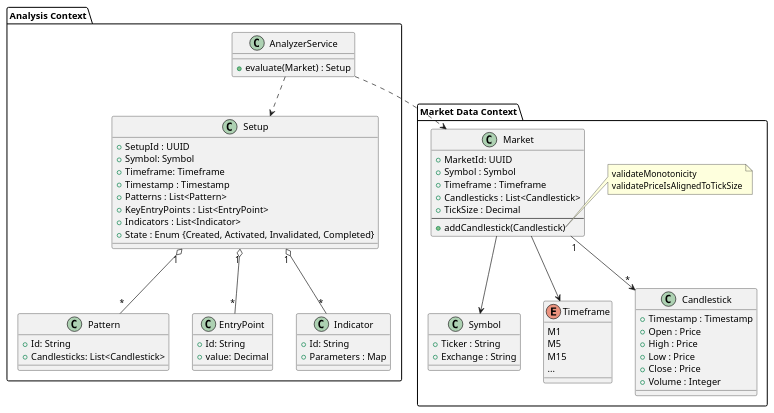
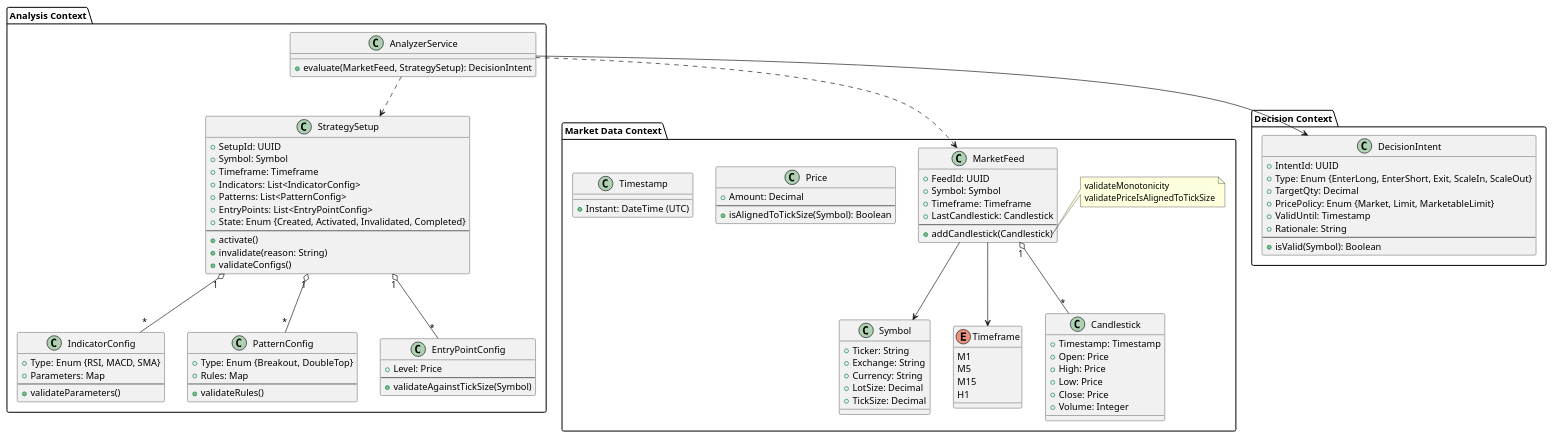
The diagram in docs/class_diagram.puml (alngo/Patseeker), drawn with PlantUML before and after one commit. The commit also changed 2 other files, not shown here.

Commit message:
Add state_diagram

```diff
--- a/docs/class_diagram.puml
+++ b/docs/class_diagram.puml
@@ -1,85 +1,116 @@
 @startuml
 package "Market Data Context" {
+  class MarketFeed {
+    +FeedId: UUID
+    +Symbol: Symbol
+    +Timeframe: Timeframe
+    +LastCandlestick: Candlestick
+    --
+    +addCandlestick(Candlestick)
+  }
 
-class Market {
-  +MarketId: UUID
-  +Symbol : Symbol
-  +Timeframe : Timeframe
-  +Candlesticks : List<Candlestick>
-  +TickSize : Decimal
-  --
-  + addCandlestick(Candlestick)
-}
+  note right of MarketFeed::addCandlestick
+    validateMonotonicity
+    validatePriceIsAlignedToTickSize
+  end note
 
-note right of Market::addCandlestick
-  validateMonotonicity
-  validatePriceIsAlignedToTickSize
-end note
+  class Symbol {
+    +Ticker: String
+    +Exchange: String
+    +Currency: String
+    +LotSize: Decimal
+    +TickSize: Decimal
+  }
 
-class Symbol {
-  +Ticker : String
-  +Exchange : String
-}
+  enum Timeframe {
+    M1
+    M5
+    M15
+    H1
+  }
 
-enum Timeframe {
-  M1
-  M5
-  M15
-  ...
-}
+  class Candlestick {
+    +Timestamp: Timestamp
+    +Open: Price
+    +High: Price
+    +Low: Price
+    +Close: Price
+    +Volume: Integer
+  }
 
-class Candlestick {
-  +Timestamp : Timestamp
-  +Open : Price
-  +High : Price
-  +Low : Price
-  +Close : Price
-  +Volume : Integer
-}
+  class Price {
+    +Amount: Decimal
+    --
+    +isAlignedToTickSize(Symbol): Boolean
+  }
 
-Market "1" --> "*" Candlestick
-Market --> Symbol
-Market --> Timeframe
+  class Timestamp {
+    +Instant: DateTime (UTC)
+  }
 
+  MarketFeed "1" o-- "*" Candlestick
+  MarketFeed --> Symbol
+  MarketFeed --> Timeframe
 }
 
 package "Analysis Context" {
+  class StrategySetup {
+    +SetupId: UUID
+    +Symbol: Symbol
+    +Timeframe: Timeframe
+    +Indicators: List<IndicatorConfig>
+    +Patterns: List<PatternConfig>
+    +EntryPoints: List<EntryPointConfig>
+    +State: Enum {Created, Activated, Invalidated, Completed}
+    --
+    +activate()
+    +invalidate(reason: String)
+    +validateConfigs()
+  }
 
-class AnalyzerService {
-  +evaluate(Market) : Setup
+  class IndicatorConfig {
+    +Type: Enum {RSI, MACD, SMA}
+    +Parameters: Map
+    --
+    +validateParameters()
+  }
+
+  class PatternConfig {
+    +Type: Enum {Breakout, DoubleTop}
+    +Rules: Map
+    --
+    +validateRules()
+  }
+
+  class EntryPointConfig {
+    +Level: Price
+    --
+    +validateAgainstTickSize(Symbol)
+  }
+
+  class AnalyzerService {
+    +evaluate(MarketFeed, StrategySetup): DecisionIntent
+  }
+
+  StrategySetup "1" o-- "*" IndicatorConfig
+  StrategySetup "1" o-- "*" PatternConfig
+  StrategySetup "1" o-- "*" EntryPointConfig
+  AnalyzerService ..> MarketFeed
+  AnalyzerService ..> StrategySetup
 }
 
-class Setup {
-  +SetupId : UUID
-  +Symbol: Symbol
-  +Timeframe: Timeframe
-  +Timestamp : Timestamp
-  +Patterns : List<Pattern>
-  +KeyEntryPoints : List<EntryPoint>
-  +Indicators : List<Indicator>
-  +State : Enum {Created, Activated, Invalidated, Completed}
-}
+package "Decision Context" {
+  class DecisionIntent {
+    +IntentId: UUID
+    +Type: Enum {EnterLong, EnterShort, Exit, ScaleIn, ScaleOut}
+    +TargetQty: Decimal
+    +PricePolicy: Enum {Market, Limit, MarketableLimit}
+    +ValidUntil: Timestamp
+    +Rationale: String
+    --
+    +isValid(Symbol): Boolean
+  }
 
-class Pattern {
-  +Id: String
-  +Candlesticks: List<Candlestick>
-}
-
-class EntryPoint {
-  +Id: String
-  +value: Decimal
-}
-
-class Indicator {
-  +Id: String
-  +Parameters : Map
-}
-
-Setup "1" o-- "*" Indicator
-Setup "1" o-- "*" Pattern
-Setup "1" o-- "*" EntryPoint
-AnalyzerService ..> Market
-AnalyzerService ..> Setup
-
+  AnalyzerService --> DecisionIntent
 }
 @enduml
```
